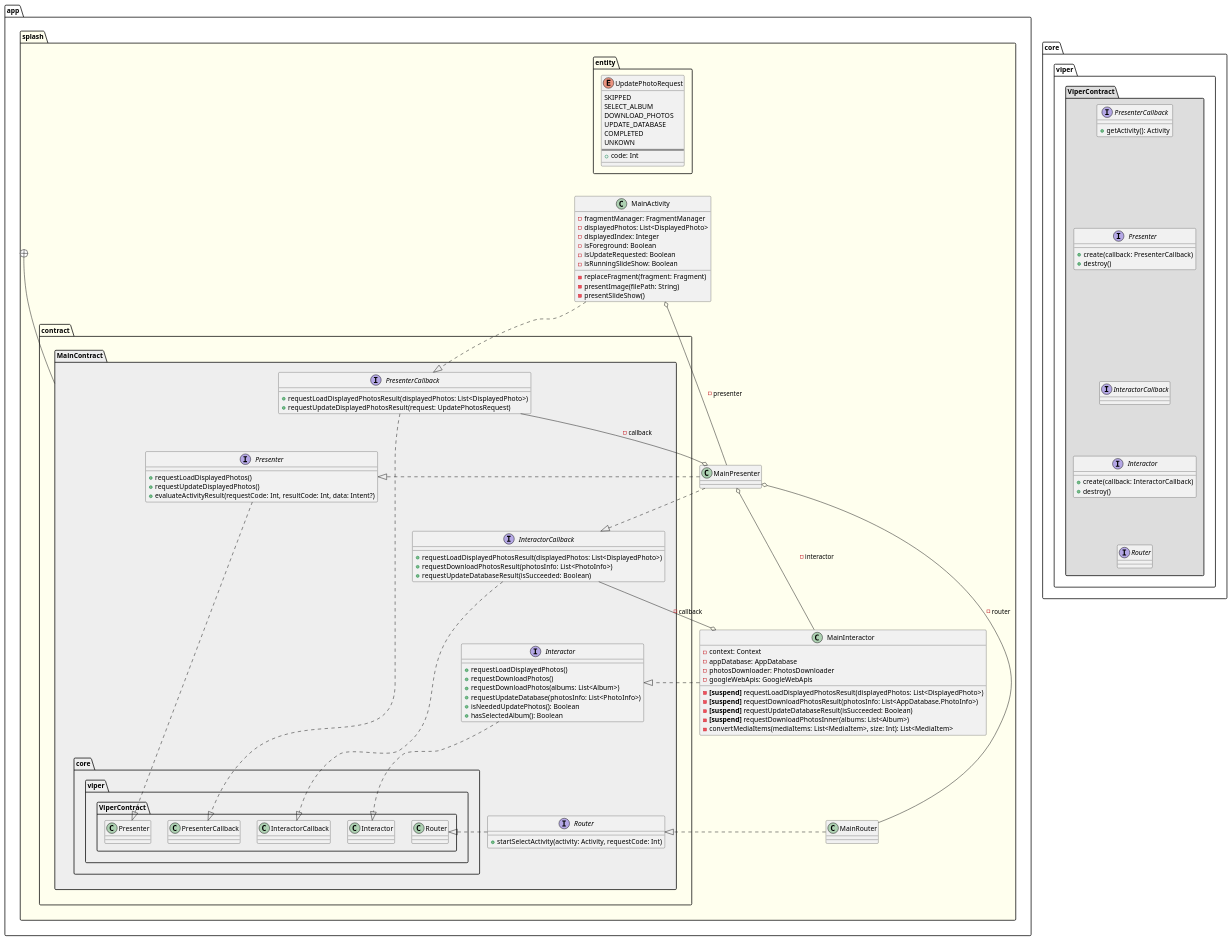
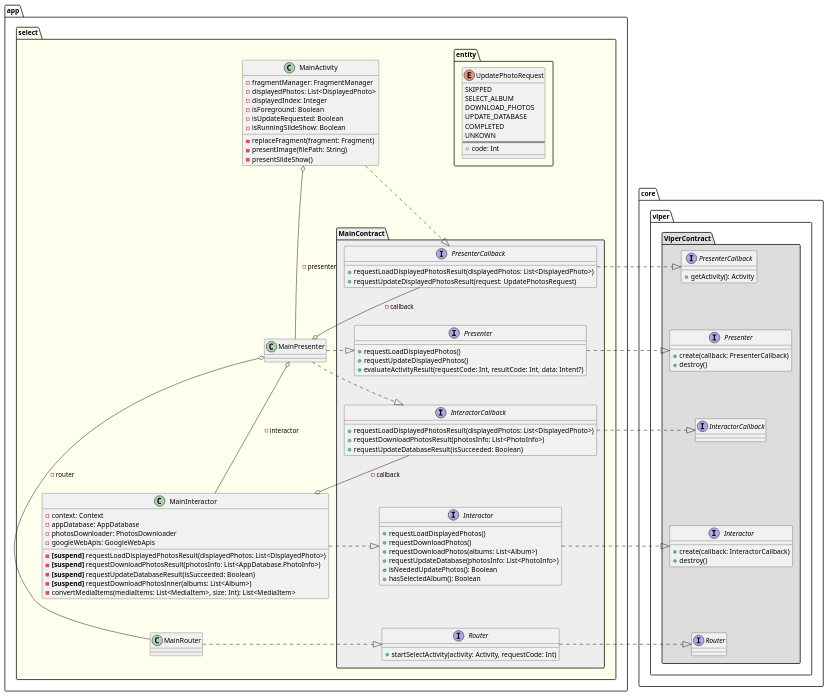
One commit to sallyluenoa/PhotoSlideShow changed the diagram in uml/main/class_diagram_main_viper.md. Above: the diagram before and after it, drawn with PlantUML. The commit also changed 3 other files, not shown here.

First line of the commit message:
Write UML for design #13

```diff
--- a/uml/main/class_diagram_main_viper.md
+++ b/uml/main/class_diagram_main_viper.md
@@ -1,5 +1,60 @@
 @startuml
-namespace app.splash #FFFFEE {
+namespace core.viper.ViperContract #DDDDDD {
+  interface Presenter {
+    + create(callback: PresenterCallback)
+    + destroy()
+  }
+  interface PresenterCallback {
+    + getActivity(): Activity
+  }
+  interface Interactor {
+    + create(callback: InteractorCallback)
+    + destroy()
+  }
+  interface InteractorCallback
+  interface Router
+
+  PresenterCallback -[hidden]-> Presenter
+  Presenter -[hidden]-> InteractorCallback
+  InteractorCallback -[hidden]-> Interactor
+  Interactor -[hidden]-> Router
+}
+
+namespace app.select #FFFFEE {
+
+  namespace app.select.MainContract #EEEEEE {
+    interface Presenter {
+      + requestLoadDisplayedPhotos()
+      + requestUpdateDisplayedPhotos()
+      + evaluateActivityResult(requestCode: Int, resultCode: Int, data: Intent?)
+    }
+    interface PresenterCallback {
+      + requestLoadDisplayedPhotosResult(displayedPhotos: List<DisplayedPhoto>)
+      + requestUpdateDisplayedPhotosResult(request: UpdatePhotosRequest)
+    }
+    interface Interactor {
+      + requestLoadDisplayedPhotos()
+      + requestDownloadPhotos()
+      + requestDownloadPhotos(albums: List<Album>)
+      + requestUpdateDatabase(photosInfo: List<PhotoInfo>)
+      + isNeededUpdatePhotos(): Boolean
+      + hasSelectedAlbum(): Boolean
+    }
+    interface InteractorCallback {
+      + requestLoadDisplayedPhotosResult(displayedPhotos: List<DisplayedPhoto>)
+      + requestDownloadPhotosResult(photosInfo: List<PhotoInfo>)
+      + requestUpdateDatabaseResult(isSucceeded: Boolean)
+    }
+    interface Router {
+      + startSelectActivity(activity: Activity, requestCode: Int)
+    }
+
+    PresenterCallback -[hidden]-> Presenter
+    Presenter -[hidden]-> InteractorCallback
+    InteractorCallback -[hidden]-> Interactor
+    Interactor -[hidden]-> Router
+  }
+
   namespace entity {
     enum UpdatePhotoRequest {
       SKIPPED
@@ -12,8 +67,6 @@
       + code: Int
       __
     }
-
-    UpdatePhotoRequest -[hidden]-> app.splash.MainActivity
   }
 
   class MainActivity {
@@ -41,83 +94,24 @@
   }
   class MainRouter
 
-  MainActivity o-- MainPresenter: - presenter
-  MainPresenter o--- MainInteractor: - interactor
-  MainPresenter o---- MainRouter: - router
+  MainActivity o-down-- MainPresenter: - presenter
+  MainPresenter o-down-- MainInteractor: - interactor
+  MainPresenter o-down--- MainRouter: - router
 
-  MainPresenter .|> app.splash.contract.MainContract.Presenter
-  MainInteractor .|> app.splash.contract.MainContract.Interactor
-  MainRouter .|> app.splash.contract.MainContract.Router
+  MainPresenter .right.|> app.select.MainContract.Presenter
+  MainInteractor .right.|> app.select.MainContract.Interactor
+  MainRouter .right.|> app.select.MainContract.Router
 
-  MainActivity ..|> app.splash.contract.MainContract.PresenterCallback
-  MainPresenter o-- app.splash.contract.MainContract.PresenterCallback: - callback
-  MainPresenter ..|> app.splash.contract.MainContract.InteractorCallback
-  MainInteractor o-- app.splash.contract.MainContract.InteractorCallback: - callback
+  MainPresenter o-up- app.select.MainContract.PresenterCallback: - callback
+  MainInteractor o-up- app.select.MainContract.InteractorCallback: - callback
 
-  app.splash.contract.MainContract.Presenter -[hidden]> MainPresenter
-  app.splash.contract.MainContract.Interactor -[hidden]> MainInteractor
-  app.splash.contract.MainContract.Router -[hidden]> MainRouter
+  MainActivity .down.|> app.select.MainContract.PresenterCallback
+  MainPresenter .down.|> app.select.MainContract.InteractorCallback
 }
 
-namespace app.splash.contract.MainContract #EEEEEE {
-  interface Presenter {
-    + requestLoadDisplayedPhotos()
-    + requestUpdateDisplayedPhotos()
-    + evaluateActivityResult(requestCode: Int, resultCode: Int, data: Intent?)
-  }
-  interface PresenterCallback {
-    + requestLoadDisplayedPhotosResult(displayedPhotos: List<DisplayedPhoto>)
-    + requestUpdateDisplayedPhotosResult(request: UpdatePhotosRequest)
-  }
-  interface Interactor {
-    + requestLoadDisplayedPhotos()
-    + requestDownloadPhotos()
-    + requestDownloadPhotos(albums: List<Album>)
-    + requestUpdateDatabase(photosInfo: List<PhotoInfo>)
-    + isNeededUpdatePhotos(): Boolean
-    + hasSelectedAlbum(): Boolean
-  }
-  interface InteractorCallback {
-    + requestLoadDisplayedPhotosResult(displayedPhotos: List<DisplayedPhoto>)
-    + requestDownloadPhotosResult(photosInfo: List<PhotoInfo>)
-    + requestUpdateDatabaseResult(isSucceeded: Boolean)
-  }
-  interface Router {
-    + startSelectActivity(activity: Activity, requestCode: Int)
-  }
-
-  PresenterCallback -[hidden]-> Presenter
-  Presenter -[hidden]-> InteractorCallback
-  InteractorCallback -[hidden]-> Interactor
-  Interactor -[hidden]-> Router
-
-  Presenter .|> core.viper.ViperContract.Presenter
-  PresenterCallback .|> core.viper.ViperContract.PresenterCallback
-  Interactor .|> core.viper.ViperContract.Interactor
-  InteractorCallback .|> core.viper.ViperContract.InteractorCallback
-  Router .|> core.viper.ViperContract.Router
-}
-
-app.splash +-- app.splash.contract.MainContract
-
-namespace core.viper.ViperContract #DDDDDD {
-  interface Presenter {
-    + create(callback: PresenterCallback)
-    + destroy()
-  }
-  interface PresenterCallback {
-    + getActivity(): Activity
-  }
-  interface Interactor {
-    + create(callback: InteractorCallback)
-    + destroy()
-  }
-  interface InteractorCallback
-  interface Router
-
-  PresenterCallback -[hidden]-> Presenter
-  Presenter -[hidden]-> InteractorCallback
-  InteractorCallback -[hidden]-> Interactor
-  Interactor -[hidden]-> Router
-}
+app.select.MainContract.PresenterCallback .right.|> core.viper.ViperContract.PresenterCallback
+app.select.MainContract.Presenter .right.|> core.viper.ViperContract.Presenter
+app.select.MainContract.InteractorCallback .right.|> core.viper.ViperContract.InteractorCallback
+app.select.MainContract.Interactor .right.|> core.viper.ViperContract.Interactor
+app.select.MainContract.Router .right.|> core.viper.ViperContract.Router
 @enduml
```
